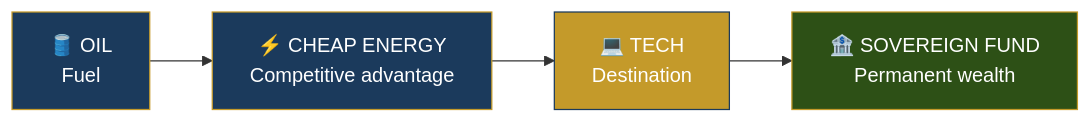
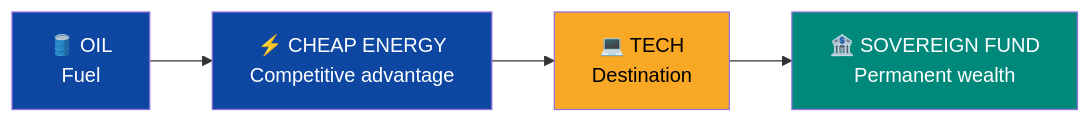
The first of 2 diagrams in docs/09-investors/pitch-deck.md (Venezuela-S-A/venezuela-sa), drawn with Mermaid before and after one commit. The commit also changed 127 other files, not shown here.

````diff
--- a/docs/09-investors/pitch-deck.md
+++ b/docs/09-investors/pitch-deck.md
@@ -43,11 +43,11 @@
 ```mermaid
 flowchart LR
     A["🛢️ OIL<br/>Fuel"] --> B["⚡ CHEAP ENERGY<br/>Competitive advantage"]
     B --> C["💻 TECH<br/>Destination"]
     C --> D["🏦 SOVEREIGN FUND<br/>Permanent wealth"]
 
-    style A fill:#1B3A5C,stroke:#C49A2A,color:#fff
-    style B fill:#1B3A5C,stroke:#C49A2A,color:#fff
-    style C fill:#C49A2A,stroke:#1B3A5C,color:#fff
-    style D fill:#2d5016,stroke:#C49A2A,color:#fff
+    style A fill:#0D47A1,color:#fff
+    style B fill:#0D47A1,color:#fff
+    style C fill:#F9A825,color:#000
+    style D fill:#00897B,color:#fff
 ```
````
